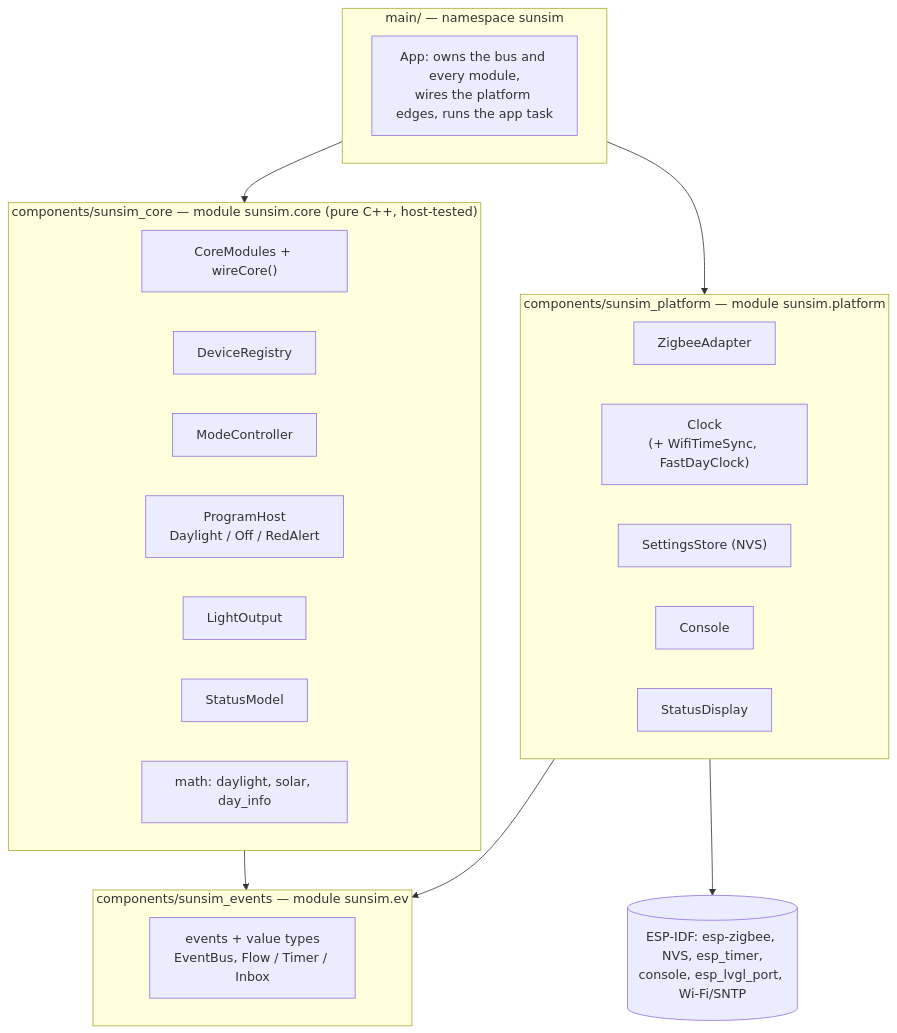
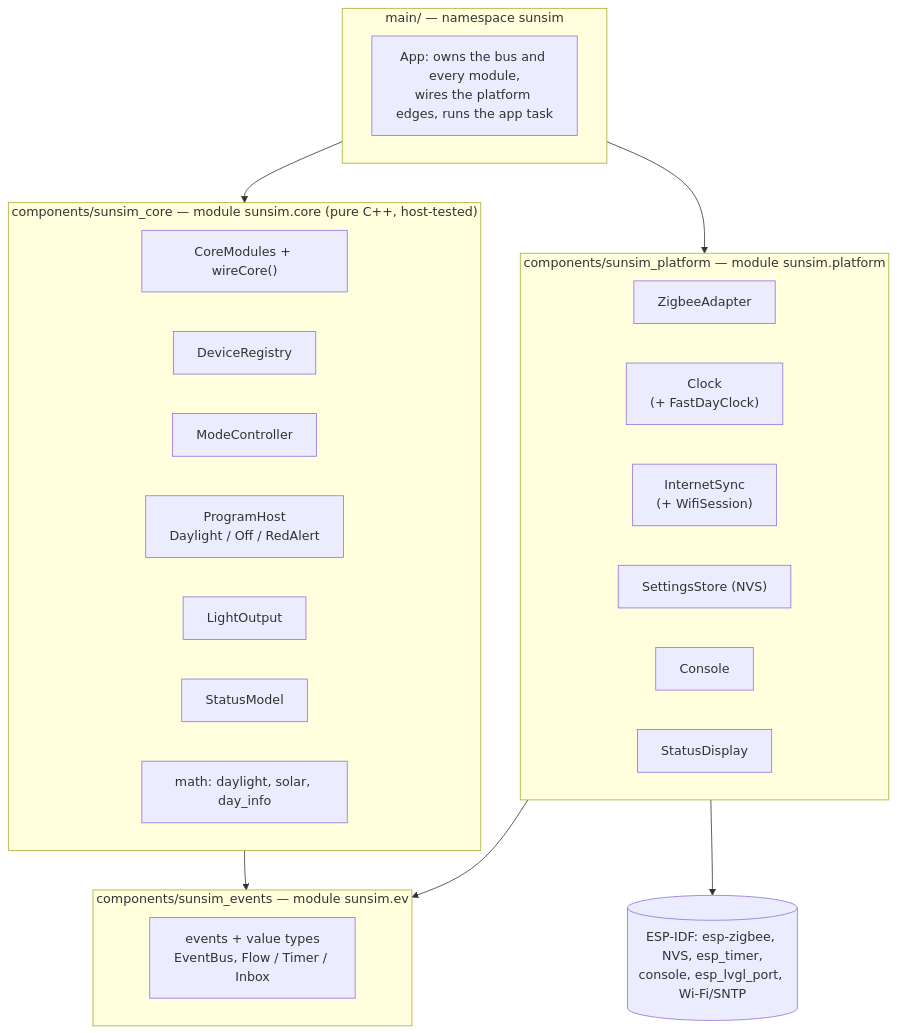
One commit to bjerre/sunsim changed the first of 10 diagrams in ARCHITECTURE.md. Above: the diagram before and after it, drawn with Mermaid. The commit also changed other lines of this file and 13 other files, not shown here.

````diff
--- a/ARCHITECTURE.md
+++ b/ARCHITECTURE.md
@@ -27,31 +27,32 @@
 ```mermaid
 flowchart TB
     subgraph app["main/ — namespace sunsim"]
         App["App: owns the bus and every module,<br/>wires the platform edges, runs the app task"]
     end
     subgraph platform["components/sunsim_platform — module sunsim.platform"]
         ZA[ZigbeeAdapter]
-        CK["Clock<br/>(+ WifiTimeSync, FastDayClock)"]
+        CK["Clock<br/>(+ FastDayClock)"]
+        IS["InternetSync<br/>(+ WifiSession)"]
         ST["SettingsStore (NVS)"]
         CO[Console]
         DI[StatusDisplay]
     end
     subgraph core["components/sunsim_core — module sunsim.core (pure C++, host-tested)"]
         CM["CoreModules + wireCore()"]
         DR[DeviceRegistry]
         MC[ModeController]
         PH["ProgramHost<br/>Daylight / Off / RedAlert"]
         LO[LightOutput]
         SM[StatusModel]
         MA["math: daylight, solar, day_info"]
     end
     subgraph events["components/sunsim_events — module sunsim.ev"]
         EV["events + value types<br/>EventBus, Flow / Timer / Inbox"]
     end
     IDF[("ESP-IDF: esp-zigbee, NVS, esp_timer,<br/>console, esp_lvgl_port, Wi-Fi/SNTP")]
 
     app --> platform & core
     platform --> events
     core --> events
     platform --> IDF
 ```
````
